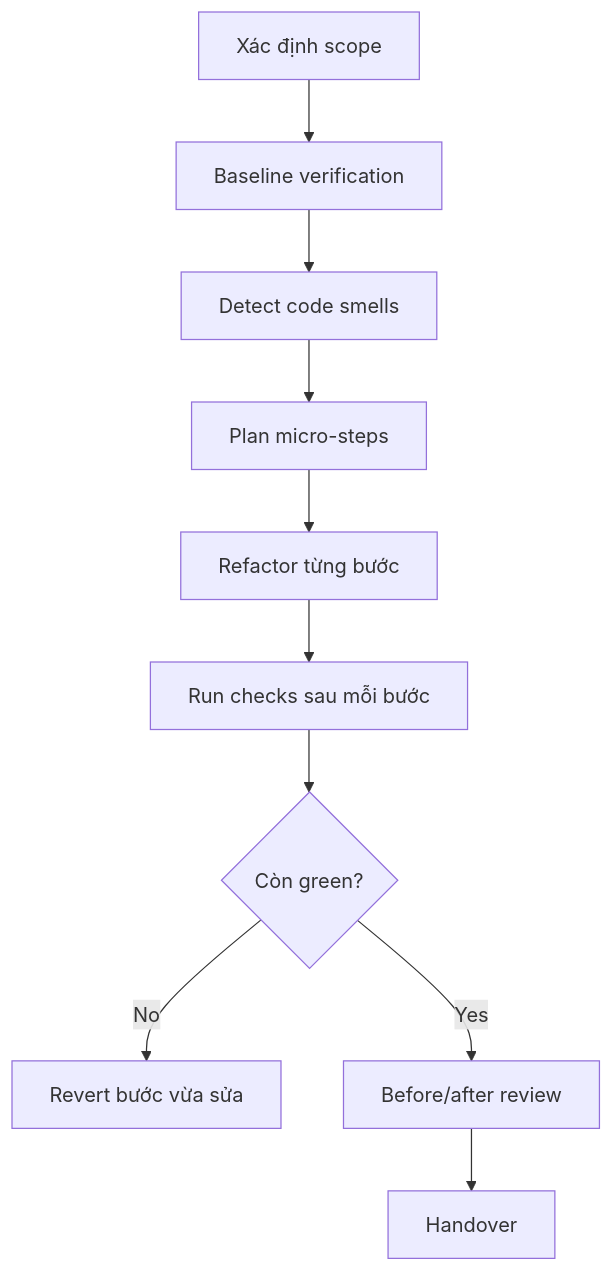
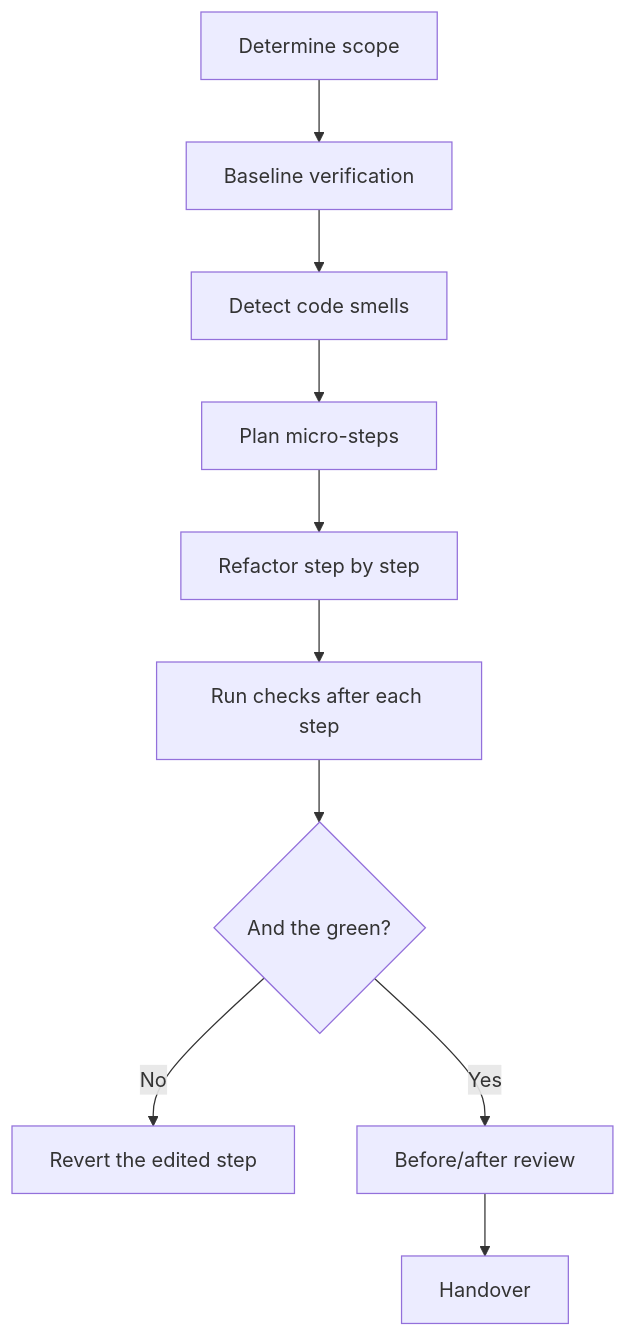
Before and after one commit to nguyenphat57/forge: the diagram in packages/forge-core/workflows/execution/refactor.md, drawn with Mermaid. The commit also changed other lines of this file and 82 other files, not shown here.

````diff
--- a/packages/forge-core/workflows/execution/refactor.md
+++ b/packages/forge-core/workflows/execution/refactor.md
@@ -30,12 +30,12 @@
 ```mermaid
 flowchart TD
-    A[Xác định scope] --> B[Baseline verification]
+    A[Determine scope] --> B[Baseline verification]
     B --> C[Detect code smells]
     C --> D[Plan micro-steps]
-    D --> E[Refactor từng bước]
-    E --> F[Run checks sau mỗi bước]
-    F --> G{Còn green?}
-    G -->|No| H[Revert bước vừa sửa]
+    D --> E[Refactor step by step]
+    E --> F[Run checks after each step]
+    F --> G{And the green?}
+    G -->|No| H[Revert the edited step]
     G -->|Yes| I[Before/after review]
     I --> J[Handover]
 ```
````
